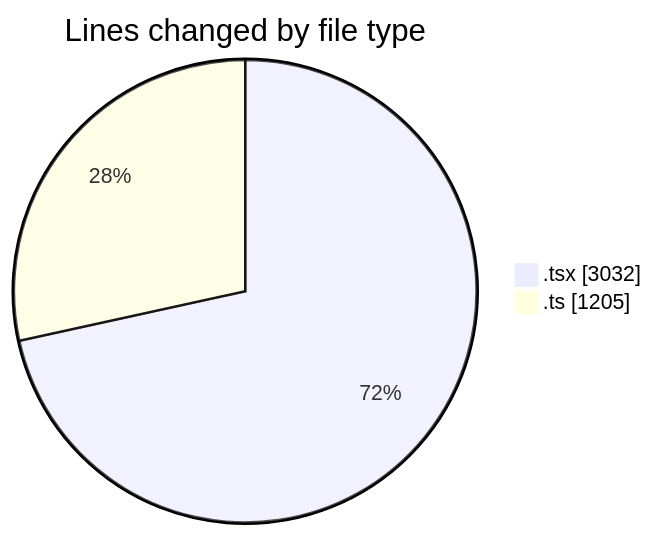
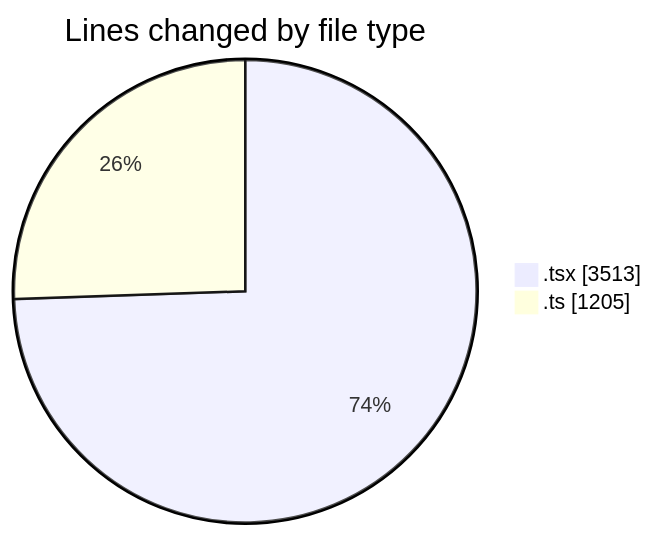
One commit to nxtqubesakshisongat/code-tracking changed the first of 2 diagrams in 2026-02-18/nxtqube_webapp/README.md. Above: the diagram before and after it, drawn with Mermaid. The commit also changed other lines of this file and 1 other file, not shown here.

````diff
--- a/2026-02-18/nxtqube_webapp/README.md
+++ b/2026-02-18/nxtqube_webapp/README.md
@@ -27,6 +28,6 @@
 ```mermaid
 pie showData
 title Lines changed by file type
-".tsx" : 3032
+".tsx" : 3513
 ".ts" : 1205
 ```
````
